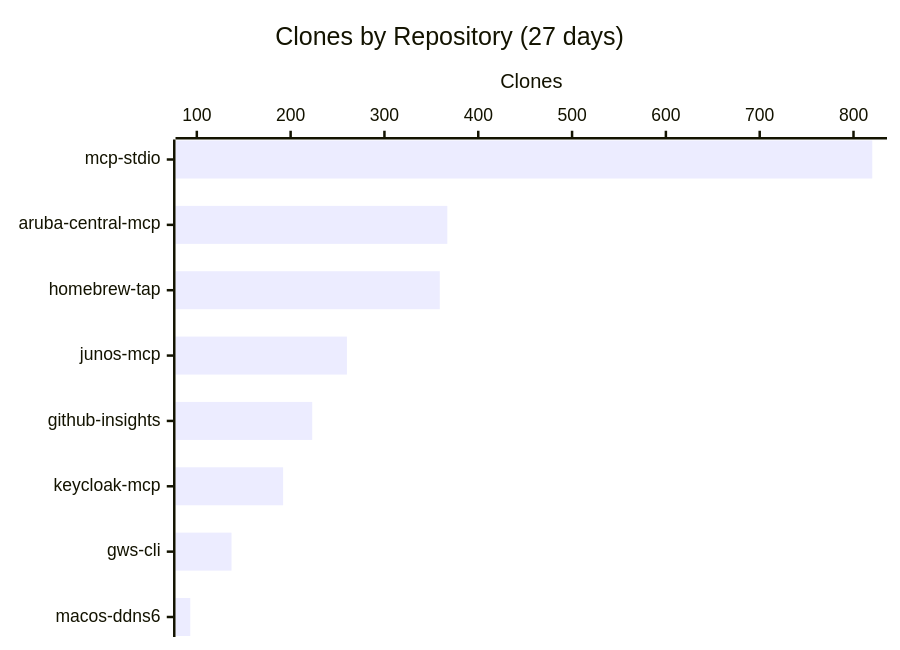
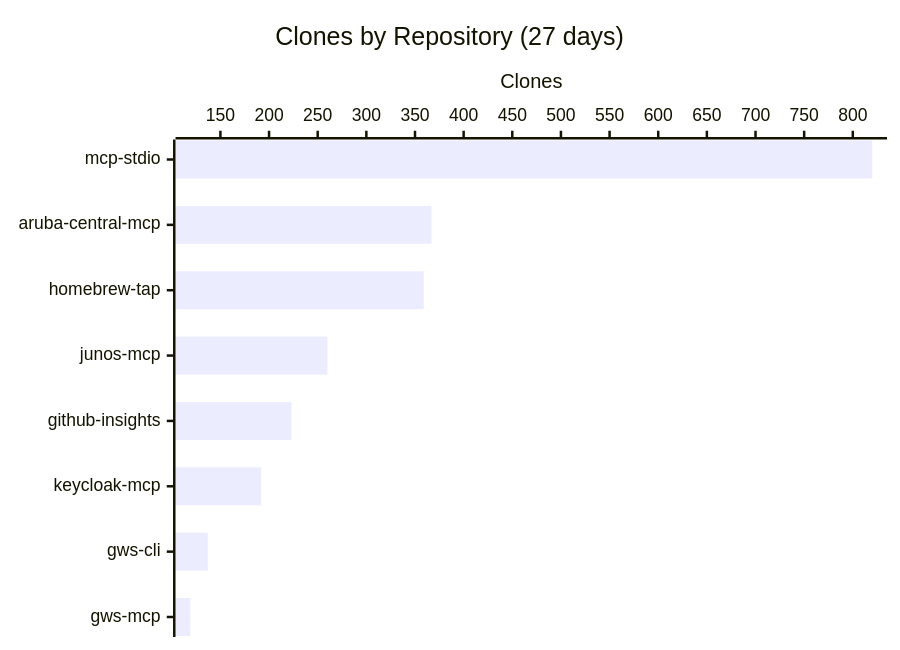
The third of 3 diagrams in README.md (shigechika/github-insights), drawn with Mermaid before and after one commit. The commit also changed other lines of this file and 1 other file, not shown here.

````diff
--- a/README.md
+++ b/README.md
@@ -52,7 +52,7 @@
 ```mermaid
 xychart-beta horizontal
     title "Clones by Repository (27 days)"
-    x-axis ["mcp-stdio", "aruba-central-mcp", "homebrew-tap", "junos-mcp", "github-insights", "keycloak-mcp", "gws-cli", "macos-ddns6"]
+    x-axis ["mcp-stdio", "aruba-central-mcp", "homebrew-tap", "junos-mcp", "github-insights", "keycloak-mcp", "gws-cli", "gws-mcp"]
     y-axis "Clones"
-    bar [820, 367, 359, 260, 223, 192, 137, 93]
+    bar [820, 367, 359, 260, 223, 192, 137, 119]
 ```
````
